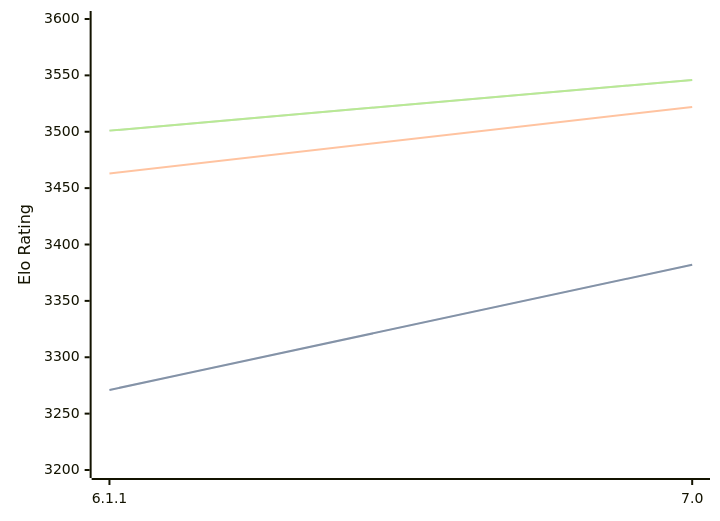
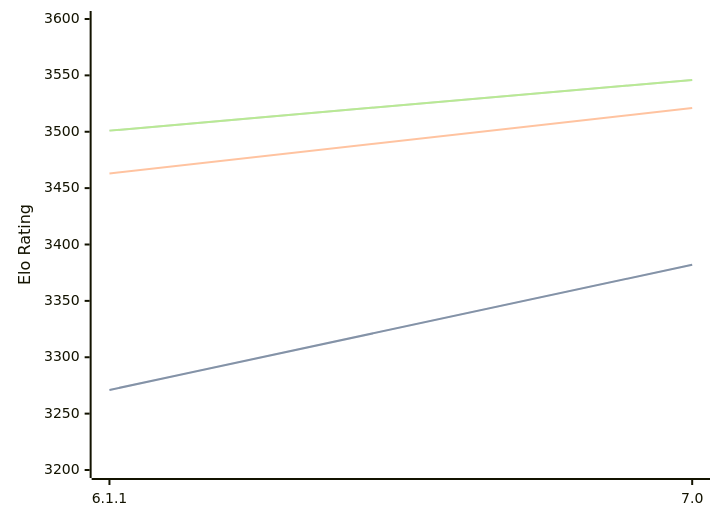
The first of 3 diagrams in engines/Astra.md (computer-chess-index/cci), drawn with Mermaid before and after one commit. The commit also changed other lines of this file, not shown here.

````diff
--- a/engines/Astra.md
+++ b/engines/Astra.md
@@ -44,11 +44,11 @@
 ```mermaid
 %%{init: {"theme":"base","themeVariables":{"seriesColors:['#a3a3a3','#222221','#faa371']}}}%%
 xychart-beta
   x-axis ["6.1.1", "7.0"]
   y-axis "Elo Rating" 3200 --> 3600
   line "STC (8.0+0.08s)" [3271, 3382]
   line "STC (8.0+0.08s)" [3271, 3382]
-  line "LTC (60.0+0.60s)" [3463, 3522]
+  line "LTC (60.0+0.60s)" [3463, 3521]
   line "VLTC (2m24s+1.12s)" [3501, 3546]
   line "VLTC (2m24s+1.12s)" [3501, 3546]
 ```
````
